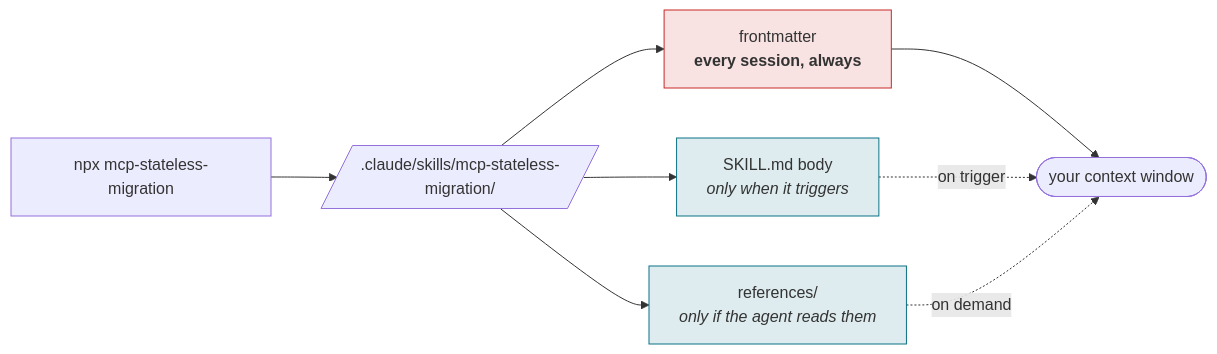
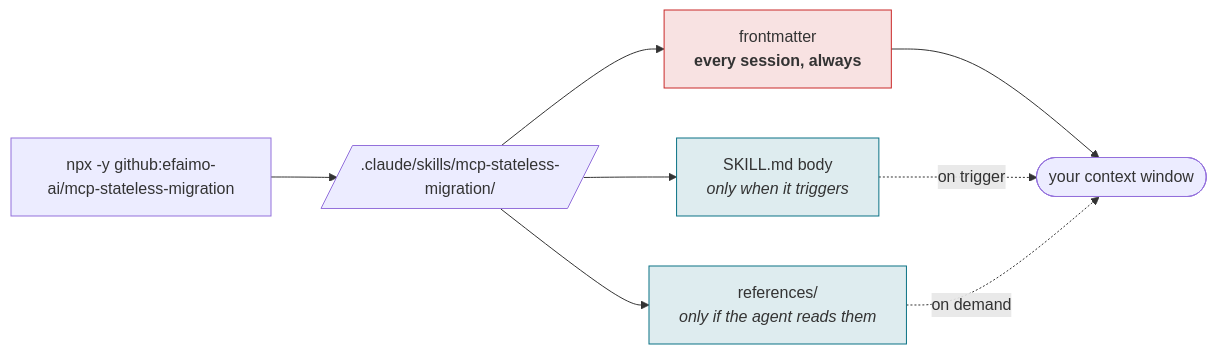
One commit to efaimo-ai/mcp-stateless-migration changed the second of 3 diagrams in README.md. Above: the diagram before and after it, drawn with Mermaid. The commit also changed other lines of this file and 1 other file, not shown here.

````diff
--- a/README.md
+++ b/README.md
@@ -162,14 +172,14 @@
 ```mermaid
 flowchart LR
-    N["npx mcp-stateless-migration"] --> D[/".claude/skills/mcp-stateless-migration/"/]
+    N["npx -y github:efaimo-ai/mcp-stateless-migration"] --> D[/".claude/skills/mcp-stateless-migration/"/]
     D --> M["frontmatter<br/><b>every session, always</b>"]
     D --> B["SKILL.md body<br/><i>only when it triggers</i>"]
     D --> R["references/<br/><i>only if the agent reads them</i>"]
     M --> S(["your context window"])
     B -.->|"on trigger"| S
     R -.->|"on demand"| S
     classDef always fill:#c9282822,stroke:#c92828,stroke-width:1px;
     classDef lazy fill:#0b728522,stroke:#0b7285,stroke-width:1px;
     class M always;
     class B,R lazy;
 ```
````
